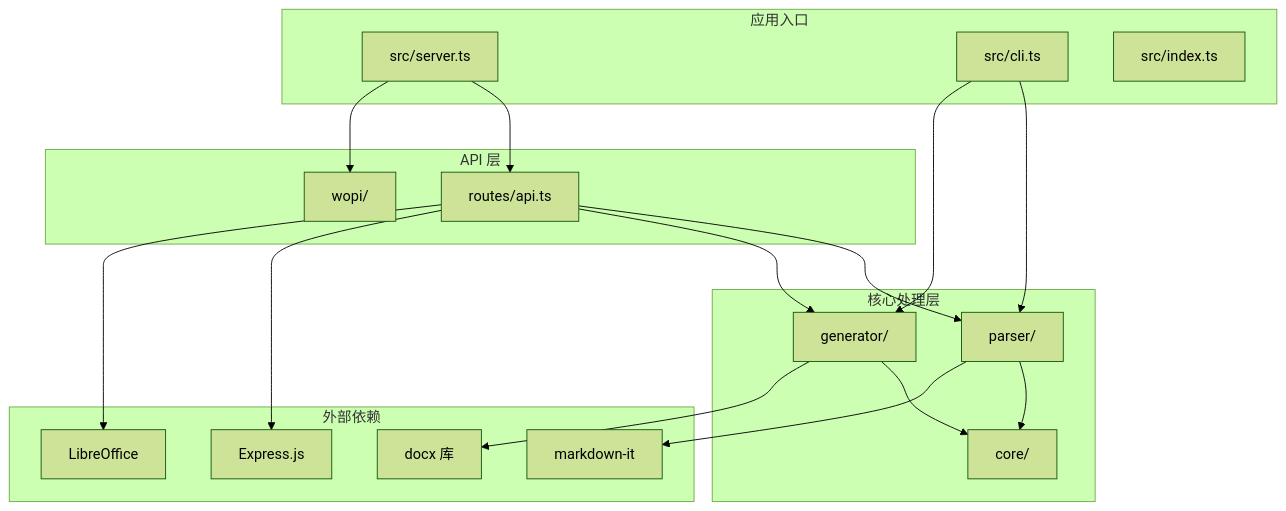
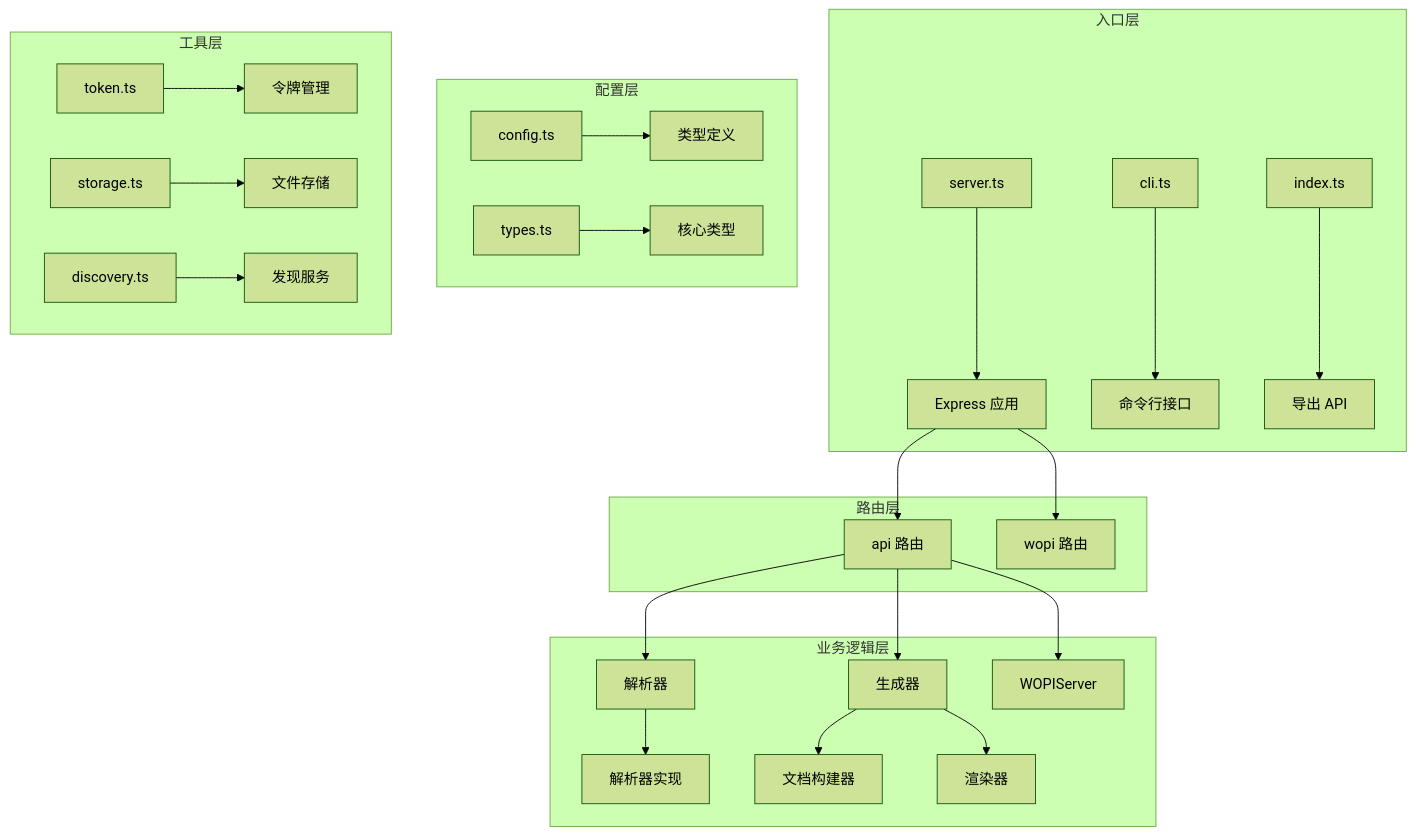
One commit to wanwushelie/markdown-to-word-studio changed the first of 7 diagrams in .lingma/repowiki/zh/content/API 参考/增强的 API 功能.md. Above: the diagram before and after it, drawn with Mermaid (forest theme). The commit also changed other lines of this file and 7 other files, not shown here.

````diff
--- a/.lingma/repowiki/zh/content/API 参考/增强的 API 功能.md
+++ b/.lingma/repowiki/zh/content/API 参考/增强的 API 功能.md
@@ -41,35 +49,29 @@
 ```mermaid
 graph TB
-subgraph "应用入口"
-Server[src/server.ts]
-CLI[src/cli.ts]
-Index[src/index.ts]
+subgraph "入口层"
+A[server.ts] --> B[Express 应用]
+C[cli.ts] --> D[命令行接口]
+E[index.ts] --> F[导出 API]
 end
-subgraph "核心处理层"
-Parser[parser/]
-Generator[generator/]
-Core[core/]
+subgraph "路由层"
+B --> G[api 路由]
+B --> H[wopi 路由]
 end
-subgraph "API 层"
-API[routes/api.ts]
-WOPI[wopi/]
+subgraph "业务逻辑层"
+G --> I[解析器]
+G --> J[生成器]
+G --> K[WOPIServer]
+I --> L[解析器实现]
+J --> M[文档构建器]
+J --> N[渲染器]
 end
-subgraph "外部依赖"
-Express[Express.js]
-Docx[docx 库]
-LibreOffice[LibreOffice]
-MarkdownIt[markdown-it]
+subgraph "配置层"
+O[config.ts] --> P[类型定义]
+Q[types.ts] --> R[核心类型]
 end
-Server --> API
-Server --> WOPI
-API --> Parser
-API --> Generator
-CLI --> Parser
-CLI --> Generator
-Parser --> Core
-Generator --> Core
-API --> Express
-Generator --> Docx
-API --> LibreOffice
-Parser --> MarkdownIt
+subgraph "工具层"
+S[token.ts] --> T[令牌管理]
+U[storage.ts] --> V[文件存储]
+W[discovery.ts] --> X[发现服务]
+end
 ```
````
